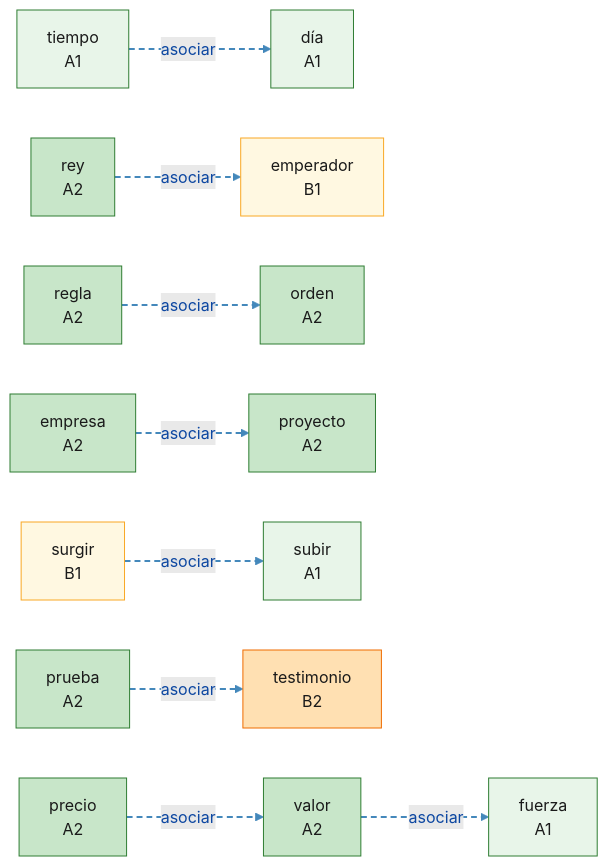
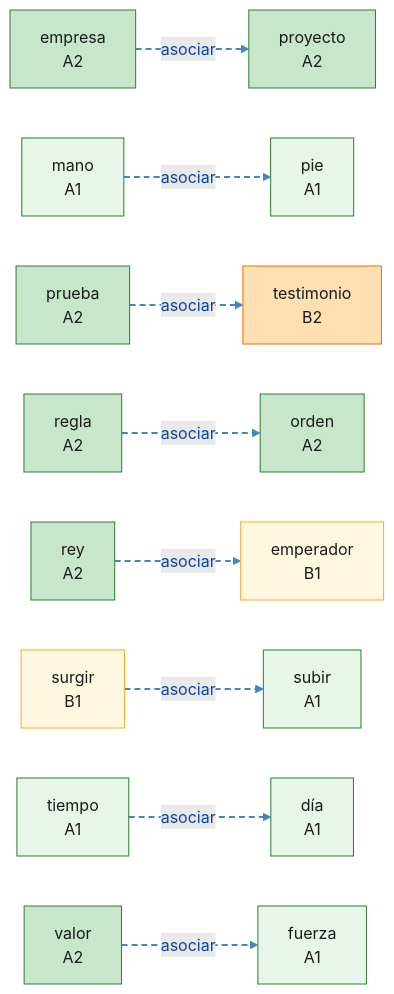
One commit to auding1900/es-raiz-vocab changed the diagram in mindmaps/asociar_m-z-2-3.md. Above: the diagram before and after it, drawn with Mermaid. The commit also changed other lines of this file and 29 other files, not shown here.

First line of the commit message:
feat(data): 新增 C3 词根导图：cent,mill,dec,sept,nov,vet,prim,ult

````diff
--- a/mindmaps/asociar_m-z-2-3.md
+++ b/mindmaps/asociar_m-z-2-3.md
@@ -8,57 +8,59 @@
 ```mermaid
 graph LR
   W_dia["día<br/>A1"]:::lvlA1
   W_emperador["emperador<br/>B1"]:::lvlB1
   W_empresa["empresa<br/>A2"]:::lvlA2
   W_fuerza["fuerza<br/>A1"]:::lvlA1
+  W_mano["mano<br/>A1"]:::lvlA1
   W_orden["orden<br/>A2"]:::lvlA2
-  W_precio["precio<br/>A2"]:::lvlA2
+  W_pie["pie<br/>A1"]:::lvlA1
   W_proyecto["proyecto<br/>A2"]:::lvlA2
   W_prueba["prueba<br/>A2"]:::lvlA2
   W_regla["regla<br/>A2"]:::lvlA2
   W_rey["rey<br/>A2"]:::lvlA2
   W_subir["subir<br/>A1"]:::lvlA1
   W_surgir["surgir<br/>B1"]:::lvlB1
   W_testimonio["testimonio<br/>B2"]:::lvlB2
   W_tiempo["tiempo<br/>A1"]:::lvlA1
   W_valor["valor<br/>A2"]:::lvlA2
+  W_mano -.->|asociar| W_pie
   W_tiempo -.->|asociar| W_dia
   W_empresa -.->|asociar| W_proyecto
   W_surgir -.->|asociar| W_subir
   W_valor -.->|asociar| W_fuerza
   W_prueba -.->|asociar| W_testimonio
   W_rey -.->|asociar| W_emperador
   W_regla -.->|asociar| W_orden
-  W_precio -.->|asociar| W_valor
   linkStyle 0 stroke:#4488bb,stroke-width:2px,stroke-dasharray:6 4
   linkStyle 1 stroke:#4488bb,stroke-width:2px,stroke-dasharray:6 4
   linkStyle 2 stroke:#4488bb,stroke-width:2px,stroke-dasharray:6 4
   linkStyle 3 stroke:#4488bb,stroke-width:2px,stroke-dasharray:6 4
   linkStyle 4 stroke:#4488bb,stroke-width:2px,stroke-dasharray:6 4
   linkStyle 5 stroke:#4488bb,stroke-width:2px,stroke-dasharray:6 4
   linkStyle 6 stroke:#4488bb,stroke-width:2px,stroke-dasharray:6 4
   linkStyle 7 stroke:#4488bb,stroke-width:2px,stroke-dasharray:6 4
   classDef root fill:#bbdefb,stroke:#1565c0,stroke-width:2px,color:#0d47a1
   classDef lvlA1 fill:#e8f5e9,stroke:#2e7d32,color:#1a1a1a
   classDef lvlA2 fill:#c8e6c9,stroke:#2e7d32,color:#1a1a1a
   classDef lvlB1 fill:#fff8e1,stroke:#f9a825,color:#1a1a1a
   classDef lvlB2 fill:#ffe0b2,stroke:#ef6c00,color:#1a1a1a
   classDef lvlC1 fill:#ffccbc,stroke:#d84315,color:#1a1a1a
   classDef lvlC2 fill:#ffcdd2,stroke:#b71c1c,color:#1a1a1a
   classDef lvlNA fill:#f5f5f5,stroke:#9e9e9e,color:#424242
   click W_dia "https://www.doubao.com/chat?q=%E8%A5%BF%E7%8F%AD%E7%89%99%E8%AF%ADd%C3%ADa%EF%BC%8C%E8%AF%8D%E6%A0%B9dies%EF%BC%8C%E8%A7%A3%E9%87%8A%E8%AF%8D%E4%B9%89%E3%80%81DELE%E7%AD%89%E7%BA%A7%E3%80%81%E8%AF%AD%E4%BD%93%E3%80%81%E5%B8%B8%E7%94%A8%E6%90%AD%E9%85%8D%E3%80%81%E8%BF%91%E4%B9%89%E8%AF%8D%E8%BE%A8%E6%9E%90%EF%BC%8C%E5%B9%B6%E4%B8%94%E7%BB%992%E6%9D%A1%E6%9D%A5%E8%87%AA%E5%85%AC%E7%89%88%E8%A5%BF%E8%AF%AD%E6%96%87%E6%9C%AC%EF%BC%88Wikisource%2F%E5%8F%A4%E7%99%BB%E5%A0%A1%EF%BC%89%E7%9A%84%E8%87%AA%E7%84%B6%E4%BE%8B%E5%8F%A5%EF%BC%8C%E4%BE%8B%E5%8F%A5%E4%BC%98%E5%85%88%E9%80%89%E7%94%A8%E7%8E%B0%E4%BB%A3%E6%A0%87%E5%87%86%E8%A5%BF%E7%8F%AD%E7%89%99%E8%AF%AD%EF%BC%8C%E5%8F%A4%E4%BD%93%E4%BE%8B%E5%8F%A5%E6%A0%87%E6%B3%A8%E3%80%90arca%C3%ADsmo%E3%80%91" "豆包查询：día" _blank
   click W_emperador "https://www.doubao.com/chat?q=%E8%A5%BF%E7%8F%AD%E7%89%99%E8%AF%ADemperador%EF%BC%8C%E8%AF%8D%E6%A0%B9imper%EF%BC%8C%E8%A7%A3%E9%87%8A%E8%AF%8D%E4%B9%89%E3%80%81DELE%E7%AD%89%E7%BA%A7%E3%80%81%E8%AF%AD%E4%BD%93%E3%80%81%E5%B8%B8%E7%94%A8%E6%90%AD%E9%85%8D%E3%80%81%E8%BF%91%E4%B9%89%E8%AF%8D%E8%BE%A8%E6%9E%90%EF%BC%8C%E5%B9%B6%E4%B8%94%E7%BB%992%E6%9D%A1%E6%9D%A5%E8%87%AA%E5%85%AC%E7%89%88%E8%A5%BF%E8%AF%AD%E6%96%87%E6%9C%AC%EF%BC%88Wikisource%2F%E5%8F%A4%E7%99%BB%E5%A0%A1%EF%BC%89%E7%9A%84%E8%87%AA%E7%84%B6%E4%BE%8B%E5%8F%A5%EF%BC%8C%E4%BE%8B%E5%8F%A5%E4%BC%98%E5%85%88%E9%80%89%E7%94%A8%E7%8E%B0%E4%BB%A3%E6%A0%87%E5%87%86%E8%A5%BF%E7%8F%AD%E7%89%99%E8%AF%AD%EF%BC%8C%E5%8F%A4%E4%BD%93%E4%BE%8B%E5%8F%A5%E6%A0%87%E6%B3%A8%E3%80%90arca%C3%ADsmo%E3%80%91" "豆包查询：emperador" _blank
   click W_empresa "https://www.doubao.com/chat?q=%E8%A5%BF%E7%8F%AD%E7%89%99%E8%AF%ADempresa%EF%BC%8C%E8%AF%8D%E6%A0%B9prehend%EF%BC%8C%E8%A7%A3%E9%87%8A%E8%AF%8D%E4%B9%89%E3%80%81DELE%E7%AD%89%E7%BA%A7%E3%80%81%E8%AF%AD%E4%BD%93%E3%80%81%E5%B8%B8%E7%94%A8%E6%90%AD%E9%85%8D%E3%80%81%E8%BF%91%E4%B9%89%E8%AF%8D%E8%BE%A8%E6%9E%90%EF%BC%8C%E5%B9%B6%E4%B8%94%E7%BB%992%E6%9D%A1%E6%9D%A5%E8%87%AA%E5%85%AC%E7%89%88%E8%A5%BF%E8%AF%AD%E6%96%87%E6%9C%AC%EF%BC%88Wikisource%2F%E5%8F%A4%E7%99%BB%E5%A0%A1%EF%BC%89%E7%9A%84%E8%87%AA%E7%84%B6%E4%BE%8B%E5%8F%A5%EF%BC%8C%E4%BE%8B%E5%8F%A5%E4%BC%98%E5%85%88%E9%80%89%E7%94%A8%E7%8E%B0%E4%BB%A3%E6%A0%87%E5%87%86%E8%A5%BF%E7%8F%AD%E7%89%99%E8%AF%AD%EF%BC%8C%E5%8F%A4%E4%BD%93%E4%BE%8B%E5%8F%A5%E6%A0%87%E6%B3%A8%E3%80%90arca%C3%ADsmo%E3%80%91" "豆包查询：empresa" _blank
   click W_fuerza "https://www.doubao.com/chat?q=%E8%A5%BF%E7%8F%AD%E7%89%99%E8%AF%ADfuerza%EF%BC%8C%E8%AF%8D%E6%A0%B9fort%EF%BC%8C%E8%A7%A3%E9%87%8A%E8%AF%8D%E4%B9%89%E3%80%81DELE%E7%AD%89%E7%BA%A7%E3%80%81%E8%AF%AD%E4%BD%93%E3%80%81%E5%B8%B8%E7%94%A8%E6%90%AD%E9%85%8D%E3%80%81%E8%BF%91%E4%B9%89%E8%AF%8D%E8%BE%A8%E6%9E%90%EF%BC%8C%E5%B9%B6%E4%B8%94%E7%BB%992%E6%9D%A1%E6%9D%A5%E8%87%AA%E5%85%AC%E7%89%88%E8%A5%BF%E8%AF%AD%E6%96%87%E6%9C%AC%EF%BC%88Wikisource%2F%E5%8F%A4%E7%99%BB%E5%A0%A1%EF%BC%89%E7%9A%84%E8%87%AA%E7%84%B6%E4%BE%8B%E5%8F%A5%EF%BC%8C%E4%BE%8B%E5%8F%A5%E4%BC%98%E5%85%88%E9%80%89%E7%94%A8%E7%8E%B0%E4%BB%A3%E6%A0%87%E5%87%86%E8%A5%BF%E7%8F%AD%E7%89%99%E8%AF%AD%EF%BC%8C%E5%8F%A4%E4%BD%93%E4%BE%8B%E5%8F%A5%E6%A0%87%E6%B3%A8%E3%80%90arca%C3%ADsmo%E3%80%91" "豆包查询：fuerza" _blank
+  click W_mano "https://www.doubao.com/chat?q=%E8%A5%BF%E7%8F%AD%E7%89%99%E8%AF%ADmano%EF%BC%8C%E8%AF%8D%E6%A0%B9man%EF%BC%8C%E8%A7%A3%E9%87%8A%E8%AF%8D%E4%B9%89%E3%80%81DELE%E7%AD%89%E7%BA%A7%E3%80%81%E8%AF%AD%E4%BD%93%E3%80%81%E5%B8%B8%E7%94%A8%E6%90%AD%E9%85%8D%E3%80%81%E8%BF%91%E4%B9%89%E8%AF%8D%E8%BE%A8%E6%9E%90%EF%BC%8C%E5%B9%B6%E4%B8%94%E7%BB%992%E6%9D%A1%E6%9D%A5%E8%87%AA%E5%85%AC%E7%89%88%E8%A5%BF%E8%AF%AD%E6%96%87%E6%9C%AC%EF%BC%88Wikisource%2F%E5%8F%A4%E7%99%BB%E5%A0%A1%EF%BC%89%E7%9A%84%E8%87%AA%E7%84%B6%E4%BE%8B%E5%8F%A5%EF%BC%8C%E4%BE%8B%E5%8F%A5%E4%BC%98%E5%85%88%E9%80%89%E7%94%A8%E7%8E%B0%E4%BB%A3%E6%A0%87%E5%87%86%E8%A5%BF%E7%8F%AD%E7%89%99%E8%AF%AD%EF%BC%8C%E5%8F%A4%E4%BD%93%E4%BE%8B%E5%8F%A5%E6%A0%87%E6%B3%A8%E3%80%90arca%C3%ADsmo%E3%80%91" "豆包查询：mano" _blank
   click W_orden "https://www.doubao.com/chat?q=%E8%A5%BF%E7%8F%AD%E7%89%99%E8%AF%ADorden%EF%BC%8C%E8%AF%8D%E6%A0%B9ordin%EF%BC%8C%E8%A7%A3%E9%87%8A%E8%AF%8D%E4%B9%89%E3%80%81DELE%E7%AD%89%E7%BA%A7%E3%80%81%E8%AF%AD%E4%BD%93%E3%80%81%E5%B8%B8%E7%94%A8%E6%90%AD%E9%85%8D%E3%80%81%E8%BF%91%E4%B9%89%E8%AF%8D%E8%BE%A8%E6%9E%90%EF%BC%8C%E5%B9%B6%E4%B8%94%E7%BB%992%E6%9D%A1%E6%9D%A5%E8%87%AA%E5%85%AC%E7%89%88%E8%A5%BF%E8%AF%AD%E6%96%87%E6%9C%AC%EF%BC%88Wikisource%2F%E5%8F%A4%E7%99%BB%E5%A0%A1%EF%BC%89%E7%9A%84%E8%87%AA%E7%84%B6%E4%BE%8B%E5%8F%A5%EF%BC%8C%E4%BE%8B%E5%8F%A5%E4%BC%98%E5%85%88%E9%80%89%E7%94%A8%E7%8E%B0%E4%BB%A3%E6%A0%87%E5%87%86%E8%A5%BF%E7%8F%AD%E7%89%99%E8%AF%AD%EF%BC%8C%E5%8F%A4%E4%BD%93%E4%BE%8B%E5%8F%A5%E6%A0%87%E6%B3%A8%E3%80%90arca%C3%ADsmo%E3%80%91" "豆包查询：orden" _blank
-  click W_precio "https://www.doubao.com/chat?q=%E8%A5%BF%E7%8F%AD%E7%89%99%E8%AF%ADprecio%EF%BC%8C%E8%AF%8D%E6%A0%B9preti%EF%BC%8C%E8%A7%A3%E9%87%8A%E8%AF%8D%E4%B9%89%E3%80%81DELE%E7%AD%89%E7%BA%A7%E3%80%81%E8%AF%AD%E4%BD%93%E3%80%81%E5%B8%B8%E7%94%A8%E6%90%AD%E9%85%8D%E3%80%81%E8%BF%91%E4%B9%89%E8%AF%8D%E8%BE%A8%E6%9E%90%EF%BC%8C%E5%B9%B6%E4%B8%94%E7%BB%992%E6%9D%A1%E6%9D%A5%E8%87%AA%E5%85%AC%E7%89%88%E8%A5%BF%E8%AF%AD%E6%96%87%E6%9C%AC%EF%BC%88Wikisource%2F%E5%8F%A4%E7%99%BB%E5%A0%A1%EF%BC%89%E7%9A%84%E8%87%AA%E7%84%B6%E4%BE%8B%E5%8F%A5%EF%BC%8C%E4%BE%8B%E5%8F%A5%E4%BC%98%E5%85%88%E9%80%89%E7%94%A8%E7%8E%B0%E4%BB%A3%E6%A0%87%E5%87%86%E8%A5%BF%E7%8F%AD%E7%89%99%E8%AF%AD%EF%BC%8C%E5%8F%A4%E4%BD%93%E4%BE%8B%E5%8F%A5%E6%A0%87%E6%B3%A8%E3%80%90arca%C3%ADsmo%E3%80%91" "豆包查询：precio" _blank
+  click W_pie "https://www.doubao.com/chat?q=%E8%A5%BF%E7%8F%AD%E7%89%99%E8%AF%ADpie%EF%BC%8C%E8%AF%8D%E6%A0%B9ped%EF%BC%8C%E8%A7%A3%E9%87%8A%E8%AF%8D%E4%B9%89%E3%80%81DELE%E7%AD%89%E7%BA%A7%E3%80%81%E8%AF%AD%E4%BD%93%E3%80%81%E5%B8%B8%E7%94%A8%E6%90%AD%E9%85%8D%E3%80%81%E8%BF%91%E4%B9%89%E8%AF%8D%E8%BE%A8%E6%9E%90%EF%BC%8C%E5%B9%B6%E4%B8%94%E7%BB%992%E6%9D%A1%E6%9D%A5%E8%87%AA%E5%85%AC%E7%89%88%E8%A5%BF%E8%AF%AD%E6%96%87%E6%9C%AC%EF%BC%88Wikisource%2F%E5%8F%A4%E7%99%BB%E5%A0%A1%EF%BC%89%E7%9A%84%E8%87%AA%E7%84%B6%E4%BE%8B%E5%8F%A5%EF%BC%8C%E4%BE%8B%E5%8F%A5%E4%BC%98%E5%85%88%E9%80%89%E7%94%A8%E7%8E%B0%E4%BB%A3%E6%A0%87%E5%87%86%E8%A5%BF%E7%8F%AD%E7%89%99%E8%AF%AD%EF%BC%8C%E5%8F%A4%E4%BD%93%E4%BE%8B%E5%8F%A5%E6%A0%87%E6%B3%A8%E3%80%90arca%C3%ADsmo%E3%80%91" "豆包查询：pie" _blank
   click W_proyecto "https://www.doubao.com/chat?q=%E8%A5%BF%E7%8F%AD%E7%89%99%E8%AF%ADproyecto%EF%BC%8C%E8%AF%8D%E6%A0%B9jac%EF%BC%8C%E8%A7%A3%E9%87%8A%E8%AF%8D%E4%B9%89%E3%80%81DELE%E7%AD%89%E7%BA%A7%E3%80%81%E8%AF%AD%E4%BD%93%E3%80%81%E5%B8%B8%E7%94%A8%E6%90%AD%E9%85%8D%E3%80%81%E8%BF%91%E4%B9%89%E8%AF%8D%E8%BE%A8%E6%9E%90%EF%BC%8C%E5%B9%B6%E4%B8%94%E7%BB%992%E6%9D%A1%E6%9D%A5%E8%87%AA%E5%85%AC%E7%89%88%E8%A5%BF%E8%AF%AD%E6%96%87%E6%9C%AC%EF%BC%88Wikisource%2F%E5%8F%A4%E7%99%BB%E5%A0%A1%EF%BC%89%E7%9A%84%E8%87%AA%E7%84%B6%E4%BE%8B%E5%8F%A5%EF%BC%8C%E4%BE%8B%E5%8F%A5%E4%BC%98%E5%85%88%E9%80%89%E7%94%A8%E7%8E%B0%E4%BB%A3%E6%A0%87%E5%87%86%E8%A5%BF%E7%8F%AD%E7%89%99%E8%AF%AD%EF%BC%8C%E5%8F%A4%E4%BD%93%E4%BE%8B%E5%8F%A5%E6%A0%87%E6%B3%A8%E3%80%90arca%C3%ADsmo%E3%80%91" "豆包查询：proyecto" _blank
   click W_prueba "https://www.doubao.com/chat?q=%E8%A5%BF%E7%8F%AD%E7%89%99%E8%AF%ADprueba%EF%BC%8C%E8%AF%8D%E6%A0%B9prob%EF%BC%8C%E8%A7%A3%E9%87%8A%E8%AF%8D%E4%B9%89%E3%80%81DELE%E7%AD%89%E7%BA%A7%E3%80%81%E8%AF%AD%E4%BD%93%E3%80%81%E5%B8%B8%E7%94%A8%E6%90%AD%E9%85%8D%E3%80%81%E8%BF%91%E4%B9%89%E8%AF%8D%E8%BE%A8%E6%9E%90%EF%BC%8C%E5%B9%B6%E4%B8%94%E7%BB%992%E6%9D%A1%E6%9D%A5%E8%87%AA%E5%85%AC%E7%89%88%E8%A5%BF%E8%AF%AD%E6%96%87%E6%9C%AC%EF%BC%88Wikisource%2F%E5%8F%A4%E7%99%BB%E5%A0%A1%EF%BC%89%E7%9A%84%E8%87%AA%E7%84%B6%E4%BE%8B%E5%8F%A5%EF%BC%8C%E4%BE%8B%E5%8F%A5%E4%BC%98%E5%85%88%E9%80%89%E7%94%A8%E7%8E%B0%E4%BB%A3%E6%A0%87%E5%87%86%E8%A5%BF%E7%8F%AD%E7%89%99%E8%AF%AD%EF%BC%8C%E5%8F%A4%E4%BD%93%E4%BE%8B%E5%8F%A5%E6%A0%87%E6%B3%A8%E3%80%90arca%C3%ADsmo%E3%80%91" "豆包查询：prueba" _blank
   click W_regla "https://www.doubao.com/chat?q=%E8%A5%BF%E7%8F%AD%E7%89%99%E8%AF%ADregla%EF%BC%8C%E8%AF%8D%E6%A0%B9reg%EF%BC%8C%E8%A7%A3%E9%87%8A%E8%AF%8D%E4%B9%89%E3%80%81DELE%E7%AD%89%E7%BA%A7%E3%80%81%E8%AF%AD%E4%BD%93%E3%80%81%E5%B8%B8%E7%94%A8%E6%90%AD%E9%85%8D%E3%80%81%E8%BF%91%E4%B9%89%E8%AF%8D%E8%BE%A8%E6%9E%90%EF%BC%8C%E5%B9%B6%E4%B8%94%E7%BB%992%E6%9D%A1%E6%9D%A5%E8%87%AA%E5%85%AC%E7%89%88%E8%A5%BF%E8%AF%AD%E6%96%87%E6%9C%AC%EF%BC%88Wikisource%2F%E5%8F%A4%E7%99%BB%E5%A0%A1%EF%BC%89%E7%9A%84%E8%87%AA%E7%84%B6%E4%BE%8B%E5%8F%A5%EF%BC%8C%E4%BE%8B%E5%8F%A5%E4%BC%98%E5%85%88%E9%80%89%E7%94%A8%E7%8E%B0%E4%BB%A3%E6%A0%87%E5%87%86%E8%A5%BF%E7%8F%AD%E7%89%99%E8%AF%AD%EF%BC%8C%E5%8F%A4%E4%BD%93%E4%BE%8B%E5%8F%A5%E6%A0%87%E6%B3%A8%E3%80%90arca%C3%ADsmo%E3%80%91" "豆包查询：regla" _blank
   click W_rey "https://www.doubao.com/chat?q=%E8%A5%BF%E7%8F%AD%E7%89%99%E8%AF%ADrey%EF%BC%8C%E8%AF%8D%E6%A0%B9reg%EF%BC%8C%E8%A7%A3%E9%87%8A%E8%AF%8D%E4%B9%89%E3%80%81DELE%E7%AD%89%E7%BA%A7%E3%80%81%E8%AF%AD%E4%BD%93%E3%80%81%E5%B8%B8%E7%94%A8%E6%90%AD%E9%85%8D%E3%80%81%E8%BF%91%E4%B9%89%E8%AF%8D%E8%BE%A8%E6%9E%90%EF%BC%8C%E5%B9%B6%E4%B8%94%E7%BB%992%E6%9D%A1%E6%9D%A5%E8%87%AA%E5%85%AC%E7%89%88%E8%A5%BF%E8%AF%AD%E6%96%87%E6%9C%AC%EF%BC%88Wikisource%2F%E5%8F%A4%E7%99%BB%E5%A0%A1%EF%BC%89%E7%9A%84%E8%87%AA%E7%84%B6%E4%BE%8B%E5%8F%A5%EF%BC%8C%E4%BE%8B%E5%8F%A5%E4%BC%98%E5%85%88%E9%80%89%E7%94%A8%E7%8E%B0%E4%BB%A3%E6%A0%87%E5%87%86%E8%A5%BF%E7%8F%AD%E7%89%99%E8%AF%AD%EF%BC%8C%E5%8F%A4%E4%BD%93%E4%BE%8B%E5%8F%A5%E6%A0%87%E6%B3%A8%E3%80%90arca%C3%ADsmo%E3%80%91" "豆包查询：rey" _blank
   click W_subir "https://www.doubao.com/chat?q=%E8%A5%BF%E7%8F%AD%E7%89%99%E8%AF%ADsubir%EF%BC%8C%E8%AF%8D%E6%A0%B9ire%EF%BC%8C%E8%A7%A3%E9%87%8A%E8%AF%8D%E4%B9%89%E3%80%81DELE%E7%AD%89%E7%BA%A7%E3%80%81%E8%AF%AD%E4%BD%93%E3%80%81%E5%B8%B8%E7%94%A8%E6%90%AD%E9%85%8D%E3%80%81%E8%BF%91%E4%B9%89%E8%AF%8D%E8%BE%A8%E6%9E%90%EF%BC%8C%E5%B9%B6%E4%B8%94%E7%BB%992%E6%9D%A1%E6%9D%A5%E8%87%AA%E5%85%AC%E7%89%88%E8%A5%BF%E8%AF%AD%E6%96%87%E6%9C%AC%EF%BC%88Wikisource%2F%E5%8F%A4%E7%99%BB%E5%A0%A1%EF%BC%89%E7%9A%84%E8%87%AA%E7%84%B6%E4%BE%8B%E5%8F%A5%EF%BC%8C%E4%BE%8B%E5%8F%A5%E4%BC%98%E5%85%88%E9%80%89%E7%94%A8%E7%8E%B0%E4%BB%A3%E6%A0%87%E5%87%86%E8%A5%BF%E7%8F%AD%E7%89%99%E8%AF%AD%EF%BC%8C%E5%8F%A4%E4%BD%93%E4%BE%8B%E5%8F%A5%E6%A0%87%E6%B3%A8%E3%80%90arca%C3%ADsmo%E3%80%91" "豆包查询：subir" _blank
   click W_surgir "https://www.doubao.com/chat?q=%E8%A5%BF%E7%8F%AD%E7%89%99%E8%AF%ADsurgir%EF%BC%8C%E8%AF%8D%E6%A0%B9surg%EF%BC%8C%E8%A7%A3%E9%87%8A%E8%AF%8D%E4%B9%89%E3%80%81DELE%E7%AD%89%E7%BA%A7%E3%80%81%E8%AF%AD%E4%BD%93%E3%80%81%E5%B8%B8%E7%94%A8%E6%90%AD%E9%85%8D%E3%80%81%E8%BF%91%E4%B9%89%E8%AF%8D%E8%BE%A8%E6%9E%90%EF%BC%8C%E5%B9%B6%E4%B8%94%E7%BB%992%E6%9D%A1%E6%9D%A5%E8%87%AA%E5%85%AC%E7%89%88%E8%A5%BF%E8%AF%AD%E6%96%87%E6%9C%AC%EF%BC%88Wikisource%2F%E5%8F%A4%E7%99%BB%E5%A0%A1%EF%BC%89%E7%9A%84%E8%87%AA%E7%84%B6%E4%BE%8B%E5%8F%A5%EF%BC%8C%E4%BE%8B%E5%8F%A5%E4%BC%98%E5%85%88%E9%80%89%E7%94%A8%E7%8E%B0%E4%BB%A3%E6%A0%87%E5%87%86%E8%A5%BF%E7%8F%AD%E7%89%99%E8%AF%AD%EF%BC%8C%E5%8F%A4%E4%BD%93%E4%BE%8B%E5%8F%A5%E6%A0%87%E6%B3%A8%E3%80%90arca%C3%ADsmo%E3%80%91" "豆包查询：surgir" _blank
   click W_testimonio "https://www.doubao.com/chat?q=%E8%A5%BF%E7%8F%AD%E7%89%99%E8%AF%ADtestimonio%EF%BC%8C%E8%AF%8D%E6%A0%B9test%EF%BC%8C%E8%A7%A3%E9%87%8A%E8%AF%8D%E4%B9%89%E3%80%81DELE%E7%AD%89%E7%BA%A7%E3%80%81%E8%AF%AD%E4%BD%93%E3%80%81%E5%B8%B8%E7%94%A8%E6%90%AD%E9%85%8D%E3%80%81%E8%BF%91%E4%B9%89%E8%AF%8D%E8%BE%A8%E6%9E%90%EF%BC%8C%E5%B9%B6%E4%B8%94%E7%BB%992%E6%9D%A1%E6%9D%A5%E8%87%AA%E5%85%AC%E7%89%88%E8%A5%BF%E8%AF%AD%E6%96%87%E6%9C%AC%EF%BC%88Wikisource%2F%E5%8F%A4%E7%99%BB%E5%A0%A1%EF%BC%89%E7%9A%84%E8%87%AA%E7%84%B6%E4%BE%8B%E5%8F%A5%EF%BC%8C%E4%BE%8B%E5%8F%A5%E4%BC%98%E5%85%88%E9%80%89%E7%94%A8%E7%8E%B0%E4%BB%A3%E6%A0%87%E5%87%86%E8%A5%BF%E7%8F%AD%E7%89%99%E8%AF%AD%EF%BC%8C%E5%8F%A4%E4%BD%93%E4%BE%8B%E5%8F%A5%E6%A0%87%E6%B3%A8%E3%80%90arca%C3%ADsmo%E3%80%91" "豆包查询：testimonio" _blank
   click W_tiempo "https://www.doubao.com/chat?q=%E8%A5%BF%E7%8F%AD%E7%89%99%E8%AF%ADtiempo%EF%BC%8C%E8%AF%8D%E6%A0%B9temp%EF%BC%8C%E8%A7%A3%E9%87%8A%E8%AF%8D%E4%B9%89%E3%80%81DELE%E7%AD%89%E7%BA%A7%E3%80%81%E8%AF%AD%E4%BD%93%E3%80%81%E5%B8%B8%E7%94%A8%E6%90%AD%E9%85%8D%E3%80%81%E8%BF%91%E4%B9%89%E8%AF%8D%E8%BE%A8%E6%9E%90%EF%BC%8C%E5%B9%B6%E4%B8%94%E7%BB%992%E6%9D%A1%E6%9D%A5%E8%87%AA%E5%85%AC%E7%89%88%E8%A5%BF%E8%AF%AD%E6%96%87%E6%9C%AC%EF%BC%88Wikisource%2F%E5%8F%A4%E7%99%BB%E5%A0%A1%EF%BC%89%E7%9A%84%E8%87%AA%E7%84%B6%E4%BE%8B%E5%8F%A5%EF%BC%8C%E4%BE%8B%E5%8F%A5%E4%BC%98%E5%85%88%E9%80%89%E7%94%A8%E7%8E%B0%E4%BB%A3%E6%A0%87%E5%87%86%E8%A5%BF%E7%8F%AD%E7%89%99%E8%AF%AD%EF%BC%8C%E5%8F%A4%E4%BD%93%E4%BE%8B%E5%8F%A5%E6%A0%87%E6%B3%A8%E3%80%90arca%C3%ADsmo%E3%80%91" "豆包查询：tiempo" _blank
   click W_valor "https://www.doubao.com/chat?q=%E8%A5%BF%E7%8F%AD%E7%89%99%E8%AF%ADvalor%EF%BC%8C%E8%AF%8D%E6%A0%B9val%EF%BC%8C%E8%A7%A3%E9%87%8A%E8%AF%8D%E4%B9%89%E3%80%81DELE%E7%AD%89%E7%BA%A7%E3%80%81%E8%AF%AD%E4%BD%93%E3%80%81%E5%B8%B8%E7%94%A8%E6%90%AD%E9%85%8D%E3%80%81%E8%BF%91%E4%B9%89%E8%AF%8D%E8%BE%A8%E6%9E%90%EF%BC%8C%E5%B9%B6%E4%B8%94%E7%BB%992%E6%9D%A1%E6%9D%A5%E8%87%AA%E5%85%AC%E7%89%88%E8%A5%BF%E8%AF%AD%E6%96%87%E6%9C%AC%EF%BC%88Wikisource%2F%E5%8F%A4%E7%99%BB%E5%A0%A1%EF%BC%89%E7%9A%84%E8%87%AA%E7%84%B6%E4%BE%8B%E5%8F%A5%EF%BC%8C%E4%BE%8B%E5%8F%A5%E4%BC%98%E5%85%88%E9%80%89%E7%94%A8%E7%8E%B0%E4%BB%A3%E6%A0%87%E5%87%86%E8%A5%BF%E7%8F%AD%E7%89%99%E8%AF%AD%EF%BC%8C%E5%8F%A4%E4%BD%93%E4%BE%8B%E5%8F%A5%E6%A0%87%E6%B3%A8%E3%80%90arca%C3%ADsmo%E3%80%91" "豆包查询：valor" _blank
 ```
````
